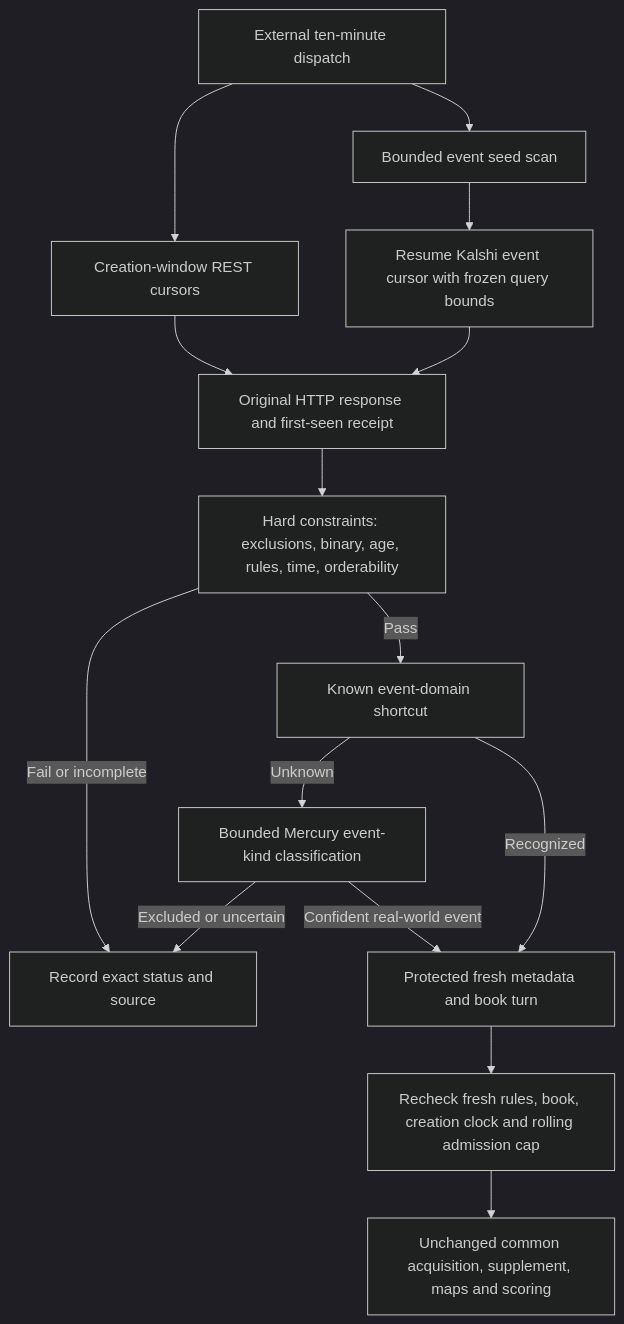
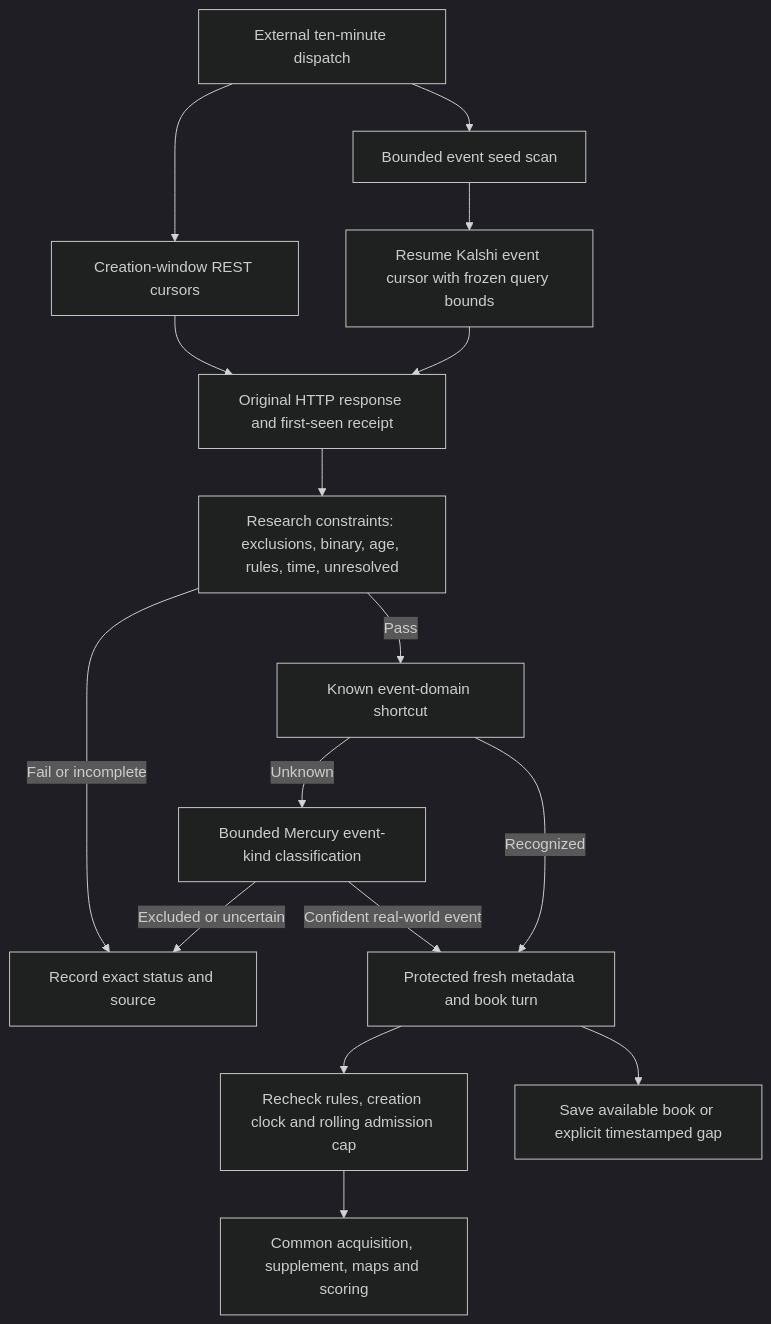
One commit to chenencc/futureeval-forecasting-agent changed the diagram in ForecastAgent/market_repricing/INTAKE_README.md. Above: the diagram before and after it, drawn with Mermaid (dark theme). The commit also changed other lines of this file and 13 other files, not shown here.

Commit message:
Decouple research admission and scoring from book quality

````diff
--- a/ForecastAgent/market_repricing/INTAKE_README.md
+++ b/ForecastAgent/market_repricing/INTAKE_README.md
@@ -10,17 +11,18 @@
 ```mermaid
 flowchart TD
     C[External ten-minute dispatch] --> R[Creation-window REST cursors]
     C --> E[Bounded event seed scan]
     E --> K[Resume Kalshi event cursor with frozen query bounds]
     R --> O[Original HTTP response and first-seen receipt]
     K --> O
-    O --> H[Hard constraints: exclusions, binary, age, rules, time, orderability]
+    O --> H[Research constraints: exclusions, binary, age, rules, time, unresolved]
     H -->|Fail or incomplete| W[Record exact status and source]
     H -->|Pass| D[Known event-domain shortcut]
     D -->|Unknown| M[Bounded Mercury event-kind classification]
     M -->|Confident real-world event| Q[Protected fresh metadata and book turn]
     M -->|Excluded or uncertain| W
     D -->|Recognized| Q
-    Q --> F[Recheck fresh rules, book, creation clock and rolling admission cap]
-    F --> A[Unchanged common acquisition, supplement, maps and scoring]
+    Q --> F[Recheck rules, creation clock and rolling admission cap]
+    Q --> P[Save available book or explicit timestamped gap]
+    F --> A[Common acquisition, supplement, maps and scoring]
 ```
````
